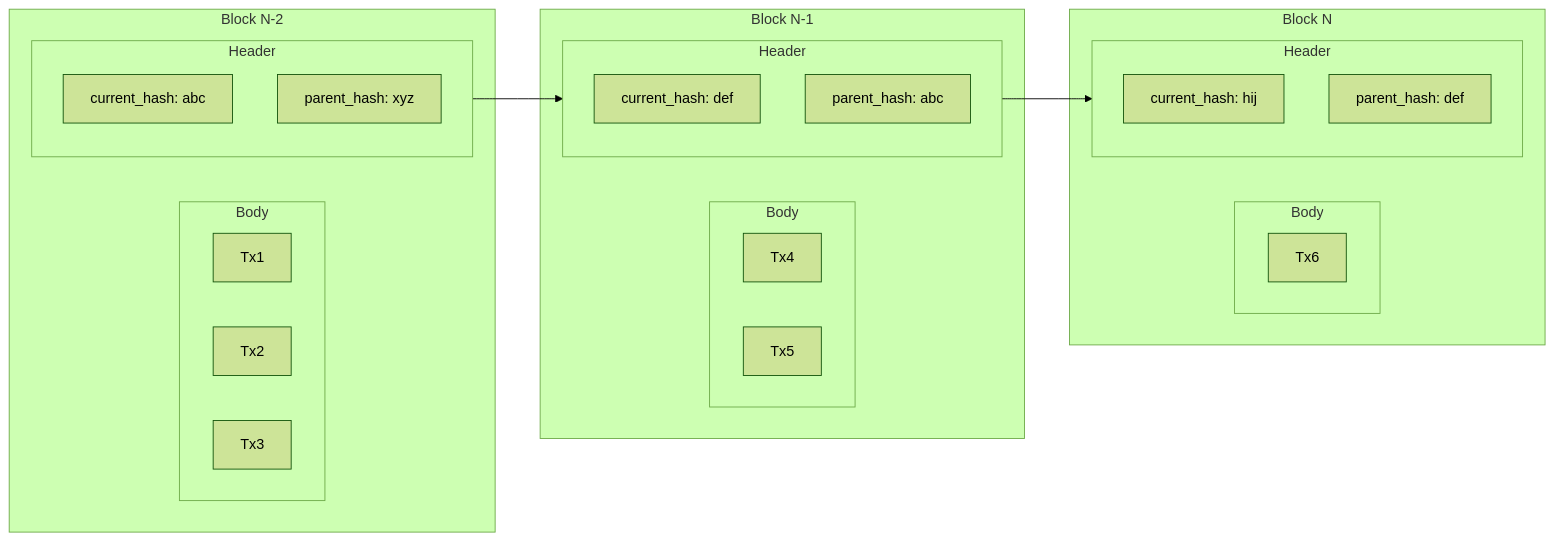
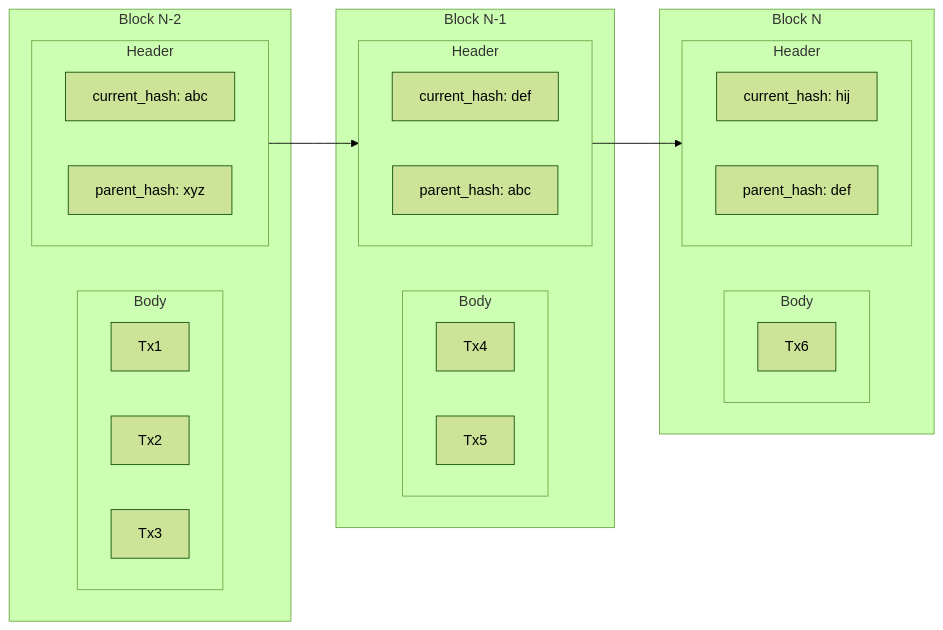
One commit to kianenigma/what-blockchain-actually changed the diagram in content/Content/What/Blockchains Are Overrated.md. Above: the diagram before and after it, drawn with Mermaid (forest theme). The commit also changed other lines of this file and 23 other files, not shown here.

````diff
--- a/content/Content/What/Blockchains Are Overrated.md
+++ b/content/Content/What/Blockchains Are Overrated.md
@@ -32,39 +35,42 @@
 ```mermaid
 flowchart LR
     subgraph "Block N-2"
 	    subgraph Body
 		    direction LR
 		    Tx1
 		    Tx2
 		    Tx3
 		end 
 	    subgraph Header
+		    direction LR
 		    CurrentHash["current_hash: abc"]
 		    ParentHash["parent_hash: xyz"]
 	    end 
     end
     
     subgraph "Block N-1"
 	    subgraph BodyN["Body"]
 		    direction LR
 		    Tx4
 		    Tx5
 		end 
 	    subgraph HeaderN["Header"]
+		    direction LR
 		    CurrentHashN["current_hash: def"]
 		    ParentHashN["parent_hash: abc"]
 	    end 
     end
     
     subgraph "Block N"
 	    subgraph BodyNN["Body"]
 		    direction LR
 		    Tx6
 		end 
 	    subgraph HeaderNN["Header"]
+		    direction LR
 		    CurrentHashNN["current_hash: hij"]
 		    ParentHashNN["parent_hash: def"]
 	    end 
     end
     Header --> HeaderN --> HeaderNN
 ```
````
